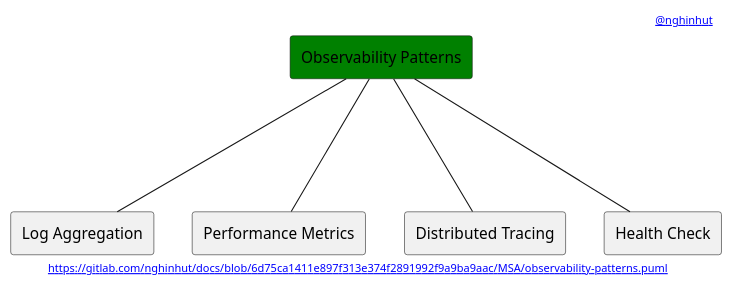
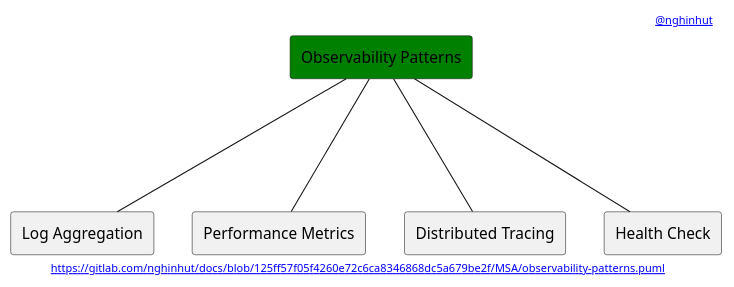
One commit to nghinhut/docs changed the diagram in MSA/observability-patterns.puml. Above: the diagram before and after it, drawn with PlantUML. The commit also changed 22 other files, not shown here.

Commit message:
Update diagrams

```diff
--- a/MSA/observability-patterns.puml
+++ b/MSA/observability-patterns.puml
@@ -1,18 +1,18 @@
 @startuml
 '-----START auto generated metadata please keep comment here to allow auto update-----
 '-----DON'T EDIT THIS SECTION, INSTEAD RE-RUN prebuild.sh TO UPDATE-----
-header [[https://www.nghinhut.dev?from=http%5C%3A%5C%2F%5C%2Fwww%5C.plantuml%5C.com%5C%2Fplantuml%5C%2Fproxy%3Ffmt%3Dsvg%5C%26src%3Dhttps%5C%3A%5C%2F%5C%2Fgitlab%5C.com%5C%2Fnghinhut%5C%2Fdocs%5C%2Fraw%5C%2F6d75ca1411e897f313e374f2891992f9a9ba9aac%5C%2FMSA%5C%2Fobservability-patterns%5C.puml%0A @nghinhut]]
-footer [[http://www.plantuml.com/plantuml/proxy?fmt=svg&src=https://gitlab.com/nghinhut/docs/raw/6d75ca1411e897f313e374f2891992f9a9ba9aac/MSA/observability-patterns.puml https://gitlab.com/nghinhut/docs/blob/6d75ca1411e897f313e374f2891992f9a9ba9aac/MSA/observability-patterns.puml]]
+header [[https://www.nghinhut.dev?from=http%5C%3A%5C%2F%5C%2Fwww%5C.plantuml%5C.com%5C%2Fplantuml%5C%2Fproxy%3Ffmt%3Dsvg%5C%26src%3Dhttps%5C%3A%5C%2F%5C%2Fgitlab%5C.com%5C%2Fnghinhut%5C%2Fdocs%5C%2Fraw%5C%2F125ff57f05f4260e72c6ca8346868dc5a679be2f%5C%2FMSA%5C%2Fobservability-patterns%5C.puml%0A @nghinhut]]
+footer [[http://www.plantuml.com/plantuml/proxy?fmt=svg&src=https://gitlab.com/nghinhut/docs/raw/125ff57f05f4260e72c6ca8346868dc5a679be2f/MSA/observability-patterns.puml https://gitlab.com/nghinhut/docs/blob/125ff57f05f4260e72c6ca8346868dc5a679be2f/MSA/observability-patterns.puml]]
 '-----END auto generated metadata please keep comment here to allow auto update-----
 
 rectangle "Observability Patterns" as Observability #green
 
 rectangle "Log Aggregation" as ObservabilityP1
 rectangle "Performance Metrics" as ObservabilityP2
 rectangle "Distributed Tracing" as ObservabilityP3
 rectangle "Health Check" as ObservabilityP4
 Observability --- ObservabilityP1
 Observability --- ObservabilityP2
 Observability --- ObservabilityP3
 Observability --- ObservabilityP4
 @enduml
```
